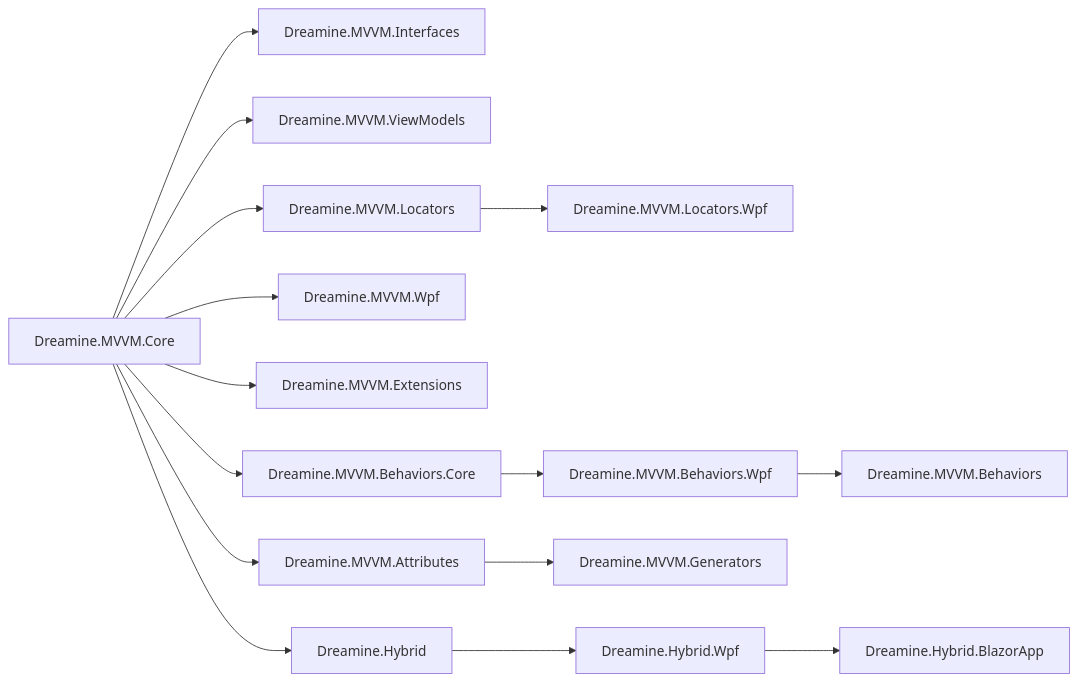
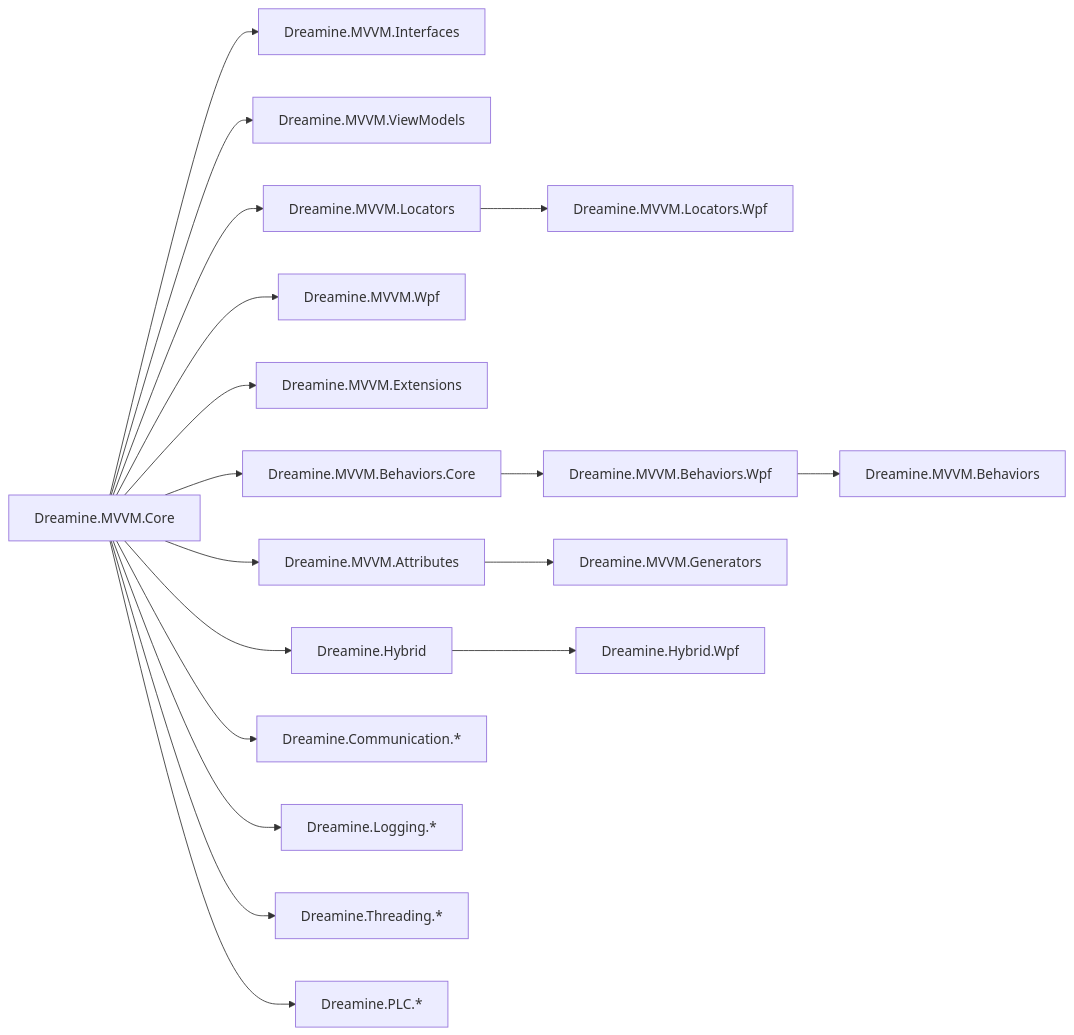
One commit to CodeMaru-Dreamine/Dreamine.MVVM.FullKit changed the diagram in README.md. Above: the diagram before and after it, drawn with Mermaid. The commit also changed other lines of this file and 9 other files, not shown here.

````diff
--- a/README.md
+++ b/README.md
@@ -75,17 +87,20 @@
 ```mermaid
 graph LR
     Core[Dreamine.MVVM.Core] --> Interfaces[Dreamine.MVVM.Interfaces]
     Core --> ViewModels[Dreamine.MVVM.ViewModels]
     Core --> Locators[Dreamine.MVVM.Locators]
     Locators --> LocatorsWpf[Dreamine.MVVM.Locators.Wpf]
     Core --> Wpf[Dreamine.MVVM.Wpf]
     Core --> Extensions[Dreamine.MVVM.Extensions]
     Core --> BehaviorsCore[Dreamine.MVVM.Behaviors.Core]
     BehaviorsCore --> BehaviorsWpf[Dreamine.MVVM.Behaviors.Wpf]
     BehaviorsWpf --> Behaviors[Dreamine.MVVM.Behaviors]
     Core --> Attributes[Dreamine.MVVM.Attributes]
     Attributes --> Generators[Dreamine.MVVM.Generators]
     Core --> Hybrid[Dreamine.Hybrid]
     Hybrid --> HybridWpf[Dreamine.Hybrid.Wpf]
-    HybridWpf --> HybridBlazor[Dreamine.Hybrid.BlazorApp]
+    Core --> Communication[Dreamine.Communication.*]
+    Core --> Logging[Dreamine.Logging.*]
+    Core --> Threading[Dreamine.Threading.*]
+    Core --> PLC[Dreamine.PLC.*]
 ```
````
